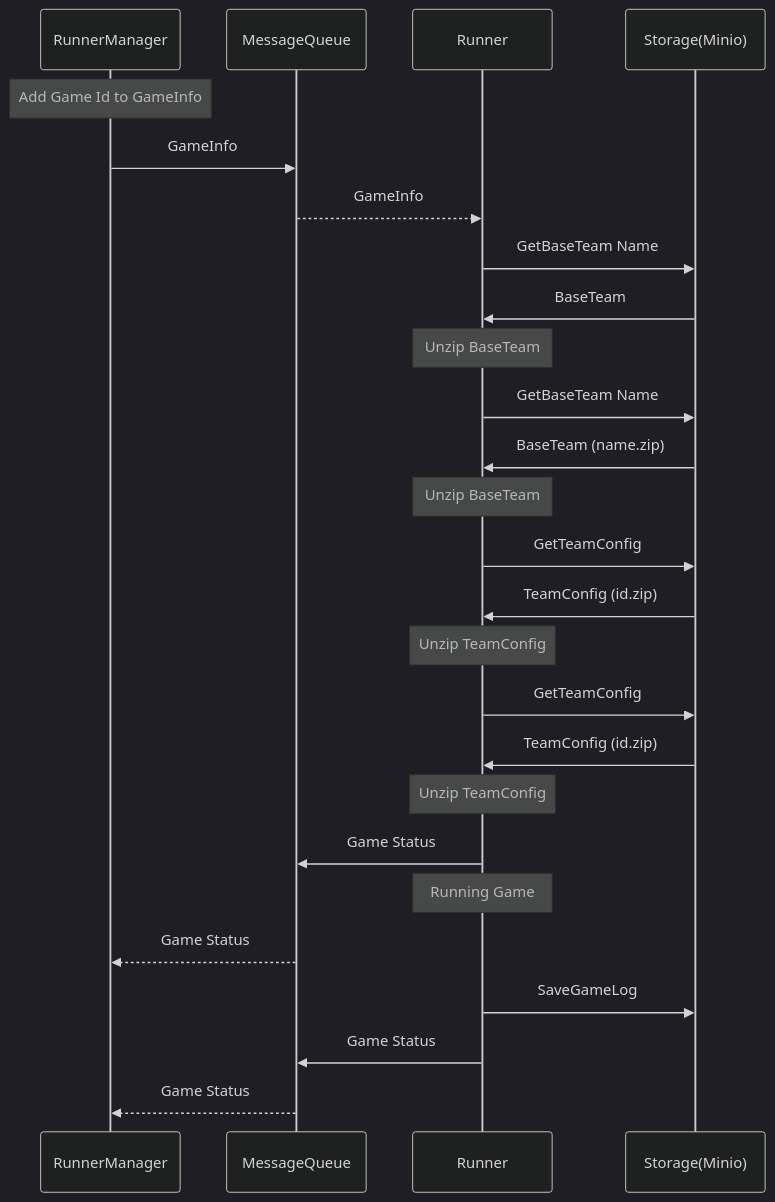
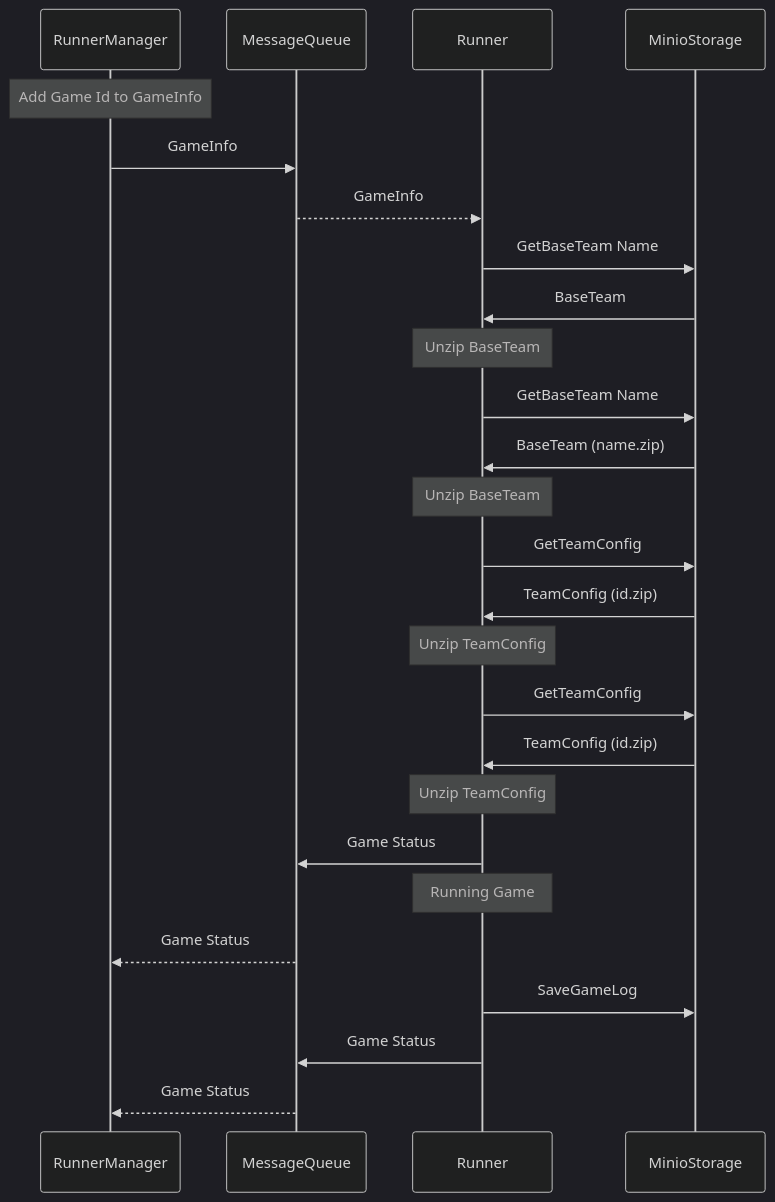
Before and after one commit to RCSS-Tournament-Manager/foxsy-tournament-manager: the second of 3 diagrams in runner/readme.md, drawn with Mermaid (dark theme). The commit also changed other lines of this file and 2 other files, not shown here.

````diff
--- a/runner/readme.md
+++ b/runner/readme.md
@@ -43,28 +43,28 @@
 ```mermaid
 sequenceDiagram
     participant RM as RunnerManager
     participant MQ as MessageQueue
     participant R as Runner
-    participant S as Storage(Minio)
+    participant S as MinioStorage
     Note over RM: Add Game Id to GameInfo
     RM->>MQ: GameInfo
     MQ-->>R: GameInfo
     R->>S: GetBaseTeam Name
     S->>R: BaseTeam
     Note over R: Unzip BaseTeam
     R->>S: GetBaseTeam Name
     S->>R: BaseTeam (name.zip)
     Note over R: Unzip BaseTeam
     R->>S: GetTeamConfig
     S->>R: TeamConfig (id.zip)
     Note over R: Unzip TeamConfig
     R->>S: GetTeamConfig
     S->>R: TeamConfig (id.zip)
     Note over R: Unzip TeamConfig
     R->>MQ: Game Status
     Note over R: Running Game
     MQ-->>RM: Game Status
     R->>S: SaveGameLog
     R->>MQ: Game Status
     MQ-->>RM: Game Status
 ```
````
